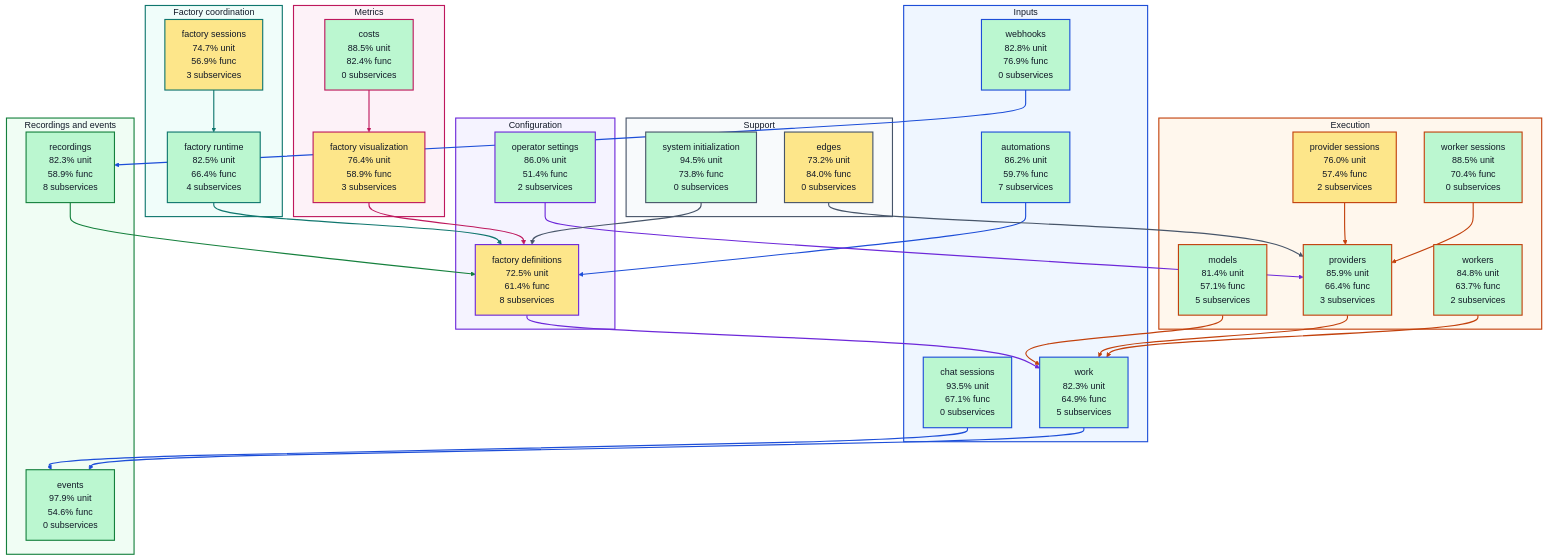
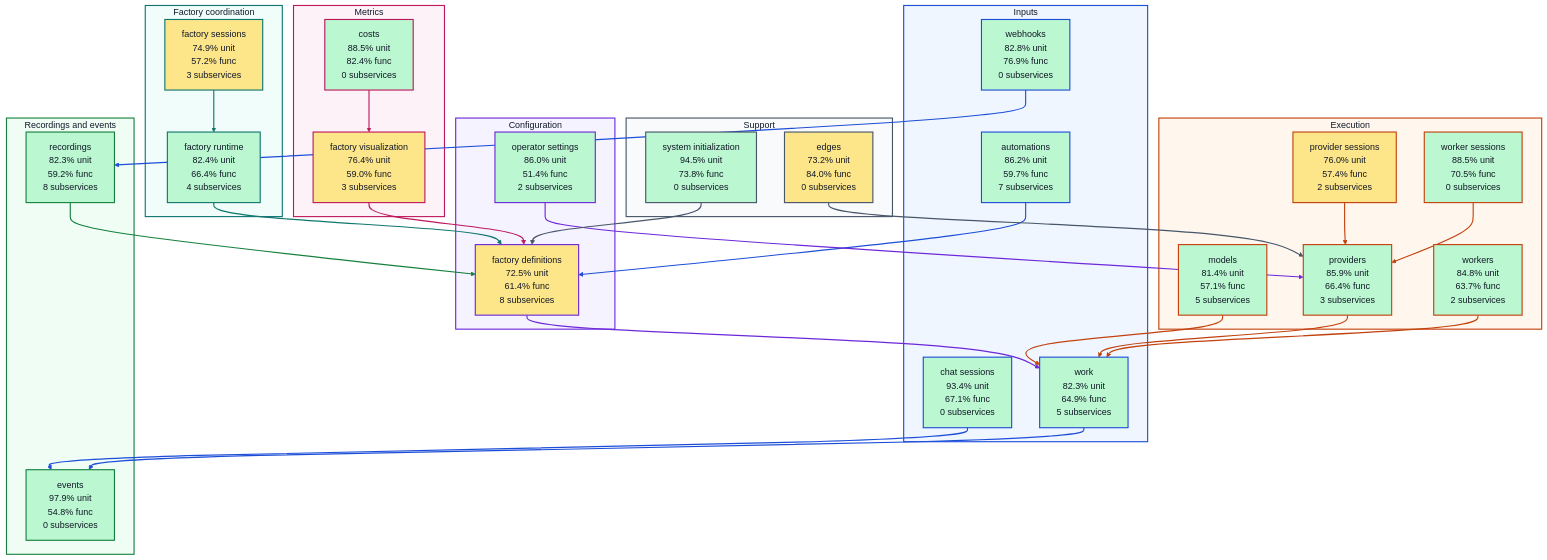
The diagram in docs/architecture/visualizations/high-level-test-coverage.md (portpowered/you-agent-factory), drawn with Mermaid before and after one commit. The commit also changed other lines of this file and 20 other files, not shown here.

Commit message:
docs: refresh backend architecture visualizations

```diff
--- a/docs/architecture/visualizations/high-level-test-coverage.md
+++ b/docs/architecture/visualizations/high-level-test-coverage.md
@@ -12,7 +12,7 @@
 flowchart TB
   subgraph input["Inputs"]
     s_services_automations["automations<br/>86.2% unit<br/>59.7% func<br/>7 subservices"]
-    s_services_chat_sessions["chat sessions<br/>93.5% unit<br/>67.1% func<br/>0 subservices"]
+    s_services_chat_sessions["chat sessions<br/>93.4% unit<br/>67.1% func<br/>0 subservices"]
     s_services_webhooks["webhooks<br/>82.8% unit<br/>76.9% func<br/>0 subservices"]
     s_services_work["work<br/>82.3% unit<br/>64.9% func<br/>5 subservices"]
   end
@@ -21,23 +21,23 @@
     s_services_operator_settings["operator settings<br/>86.0% unit<br/>51.4% func<br/>2 subservices"]
   end
   subgraph coordination["Factory coordination"]
-    s_services_factory_runtime["factory runtime<br/>82.5% unit<br/>66.4% func<br/>4 subservices"]
-    s_services_factory_sessions["factory sessions<br/>74.7% unit<br/>56.9% func<br/>3 subservices"]
+    s_services_factory_runtime["factory runtime<br/>82.4% unit<br/>66.4% func<br/>4 subservices"]
+    s_services_factory_sessions["factory sessions<br/>74.9% unit<br/>57.2% func<br/>3 subservices"]
   end
   subgraph execution["Execution"]
     s_services_models["models<br/>81.4% unit<br/>57.1% func<br/>5 subservices"]
     s_services_provider_sessions["provider sessions<br/>76.0% unit<br/>57.4% func<br/>2 subservices"]
     s_services_providers["providers<br/>85.9% unit<br/>66.4% func<br/>3 subservices"]
-    s_services_worker_sessions["worker sessions<br/>88.5% unit<br/>70.4% func<br/>0 subservices"]
+    s_services_worker_sessions["worker sessions<br/>88.5% unit<br/>70.5% func<br/>0 subservices"]
     s_services_workers["workers<br/>84.8% unit<br/>63.7% func<br/>2 subservices"]
   end
   subgraph recordings["Recordings and events"]
-    s_services_events["events<br/>97.9% unit<br/>54.6% func<br/>0 subservices"]
-    s_services_recordings["recordings<br/>82.3% unit<br/>58.9% func<br/>8 subservices"]
+    s_services_events["events<br/>97.9% unit<br/>54.8% func<br/>0 subservices"]
+    s_services_recordings["recordings<br/>82.3% unit<br/>59.2% func<br/>8 subservices"]
   end
   subgraph metrics["Metrics"]
     s_services_costs["costs<br/>88.5% unit<br/>82.4% func<br/>0 subservices"]
-    s_services_factory_visualization["factory visualization<br/>76.4% unit<br/>58.9% func<br/>3 subservices"]
+    s_services_factory_visualization["factory visualization<br/>76.4% unit<br/>59.0% func<br/>3 subservices"]
   end
   subgraph support["Support"]
     s_services_edges["edges<br/>73.2% unit<br/>84.0% func<br/>0 subservices"]
```
